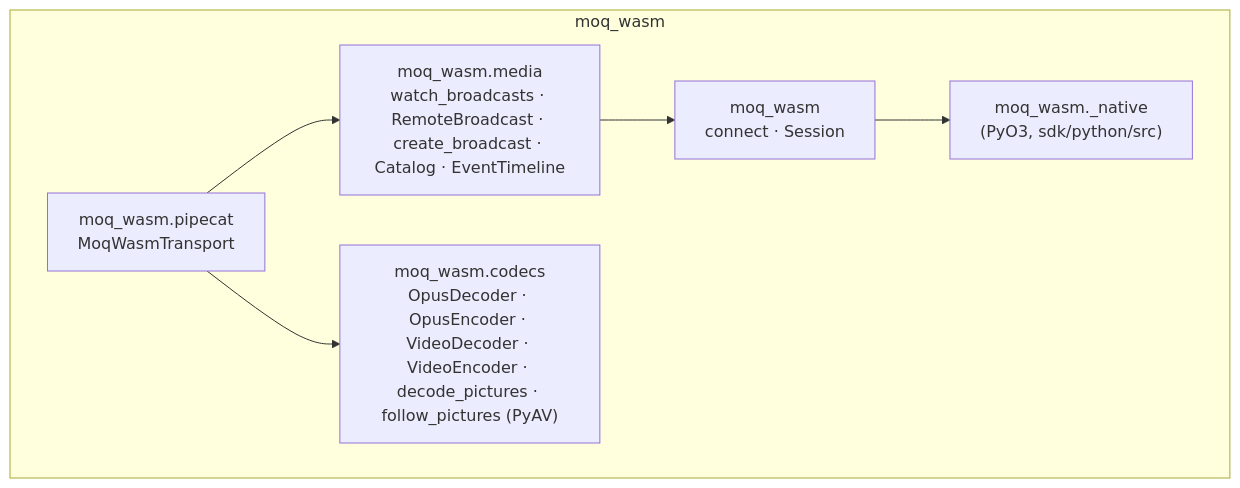
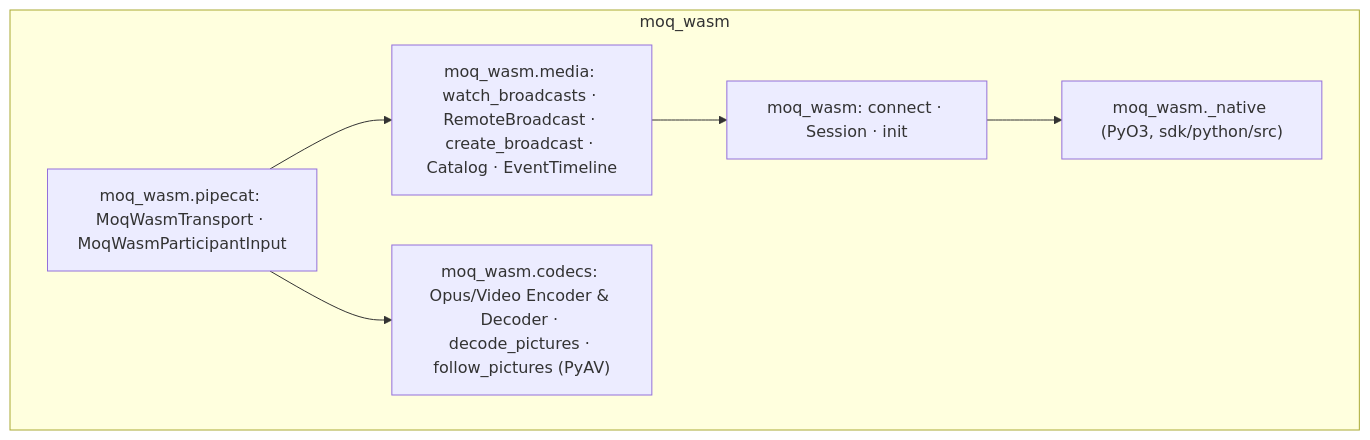
Before and after one commit to nttcom/moq-wasm: the diagram in docs/architecture/python/sdk.md, drawn with Mermaid. The commit also changed other lines of this file and 99 other files, not shown here.

Commit message:
docs(architecture): simplify architecture docs for readability (#2021)

````diff
--- a/docs/architecture/python/sdk.md
+++ b/docs/architecture/python/sdk.md
@@ -90,12 +34,12 @@
 ```mermaid
 flowchart TB
     subgraph moq_wasm
-        pipecat["moq_wasm.pipecat<br/>MoqWasmTransport"]
-        codecs["moq_wasm.codecs<br/>OpusDecoder · OpusEncoder · VideoDecoder · VideoEncoder · decode_pictures · follow_pictures (PyAV)"]
-        media["moq_wasm.media<br/>watch_broadcasts · RemoteBroadcast · create_broadcast · Catalog · EventTimeline"]
-        core["moq_wasm<br/>connect · Session"]
-        native["moq_wasm._native<br/>(PyO3, sdk/python/src)"]
+        pipecat["moq_wasm.pipecat: MoqWasmTransport · MoqWasmParticipantInput"]
+        codecs["moq_wasm.codecs: Opus/Video Encoder & Decoder · decode_pictures · follow_pictures (PyAV)"]
+        media["moq_wasm.media: watch_broadcasts · RemoteBroadcast · create_broadcast · Catalog · EventTimeline"]
+        core["moq_wasm: connect · Session · init"]
+        native["moq_wasm._native (PyO3, sdk/python/src)"]
     end
     pipecat --> media --> core --> native
     pipecat --> codecs
 ```
````
